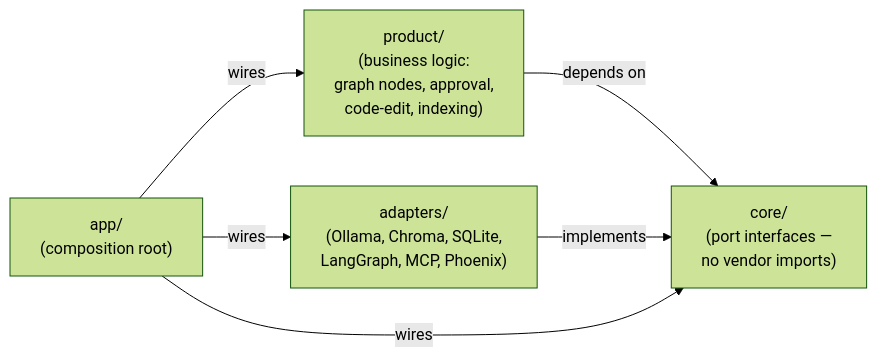
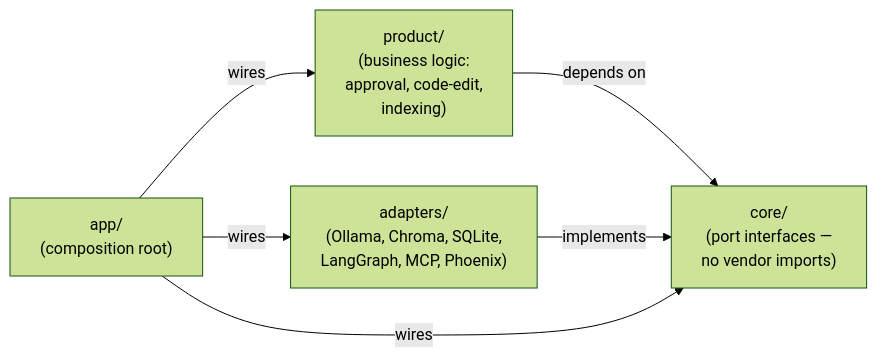
The first of 3 diagrams in WORKFLOW.md (ranjithpotlapelly/forge), drawn with Mermaid (forest theme) before and after one commit. The commit also changed other lines of this file and 21 other files, not shown here.

````diff
--- a/WORKFLOW.md
+++ b/WORKFLOW.md
@@ -41,13 +41,13 @@
 ```mermaid
 flowchart LR
-    product["product/<br/>(business logic:<br/>graph nodes, approval,<br/>code-edit, indexing)"]
+    product["product/<br/>(business logic:<br/>approval, code-edit,<br/>indexing)"]
     core["core/<br/>(port interfaces —<br/>no vendor imports)"]
     adapters["adapters/<br/>(Ollama, Chroma, SQLite,<br/>LangGraph, MCP, Phoenix)"]
     app["app/<br/>(composition root)"]
 
     product -->|depends on| core
     adapters -->|implements| core
     app -->|wires| core
     app -->|wires| adapters
     app -->|wires| product
 ```
````
